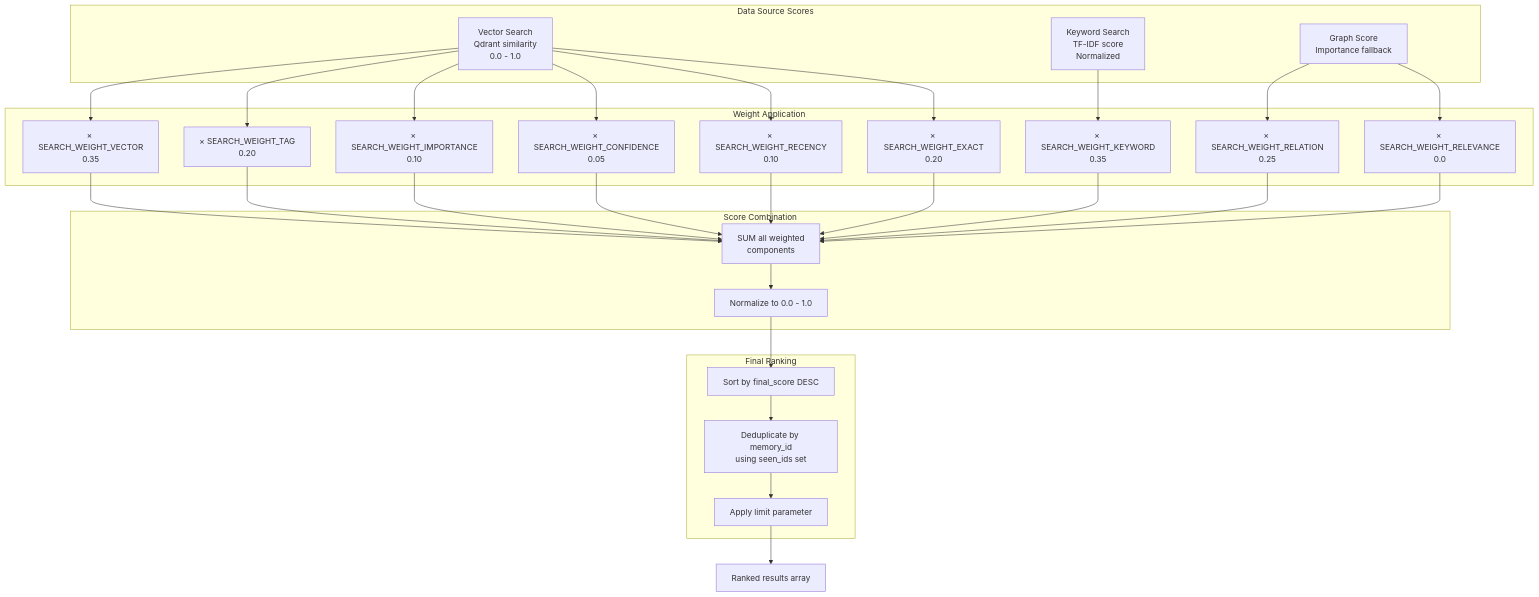
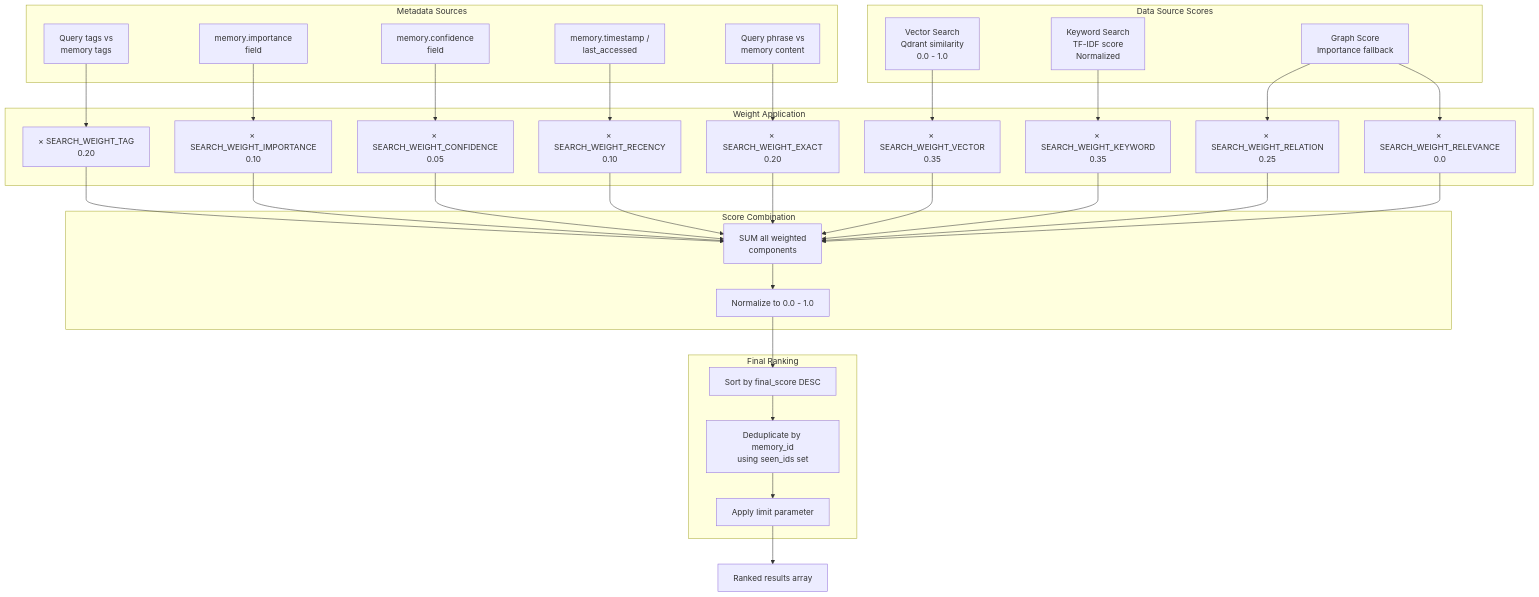
One commit to verygoodplugins/automem-website changed the third of 3 diagrams in src/content/docs/docs/core-concepts/hybrid-search.md. Above: the diagram before and after it, drawn with Mermaid. The commit also changed other lines of this file and 12 other files, not shown here.

````diff
--- a/src/content/docs/docs/core-concepts/hybrid-search.md
+++ b/src/content/docs/docs/core-concepts/hybrid-search.md
@@ -225,59 +229,67 @@
 ```mermaid
 flowchart TD
     subgraph sources ["Data Source Scores"]
         VS["Vector Search<br/>Qdrant similarity<br/>0.0 - 1.0"]
         KS["Keyword Search<br/>TF-IDF score<br/>Normalized"]
         GS["Graph Score<br/>Importance fallback"]
+    end
+
+    subgraph metadata ["Metadata Sources"]
+        TagSrc["Query tags vs<br/>memory tags"]
+        ImpSrc["memory.importance<br/>field"]
+        ConfSrc["memory.confidence<br/>field"]
+        RecSrc["memory.timestamp /<br/>last_accessed"]
+        ExSrc["Query phrase vs<br/>memory content"]
     end
 
     subgraph weights ["Weight Application"]
         VW["× SEARCH_WEIGHT_VECTOR<br/>0.35"]
         KW["× SEARCH_WEIGHT_KEYWORD<br/>0.35"]
         TagW["× SEARCH_WEIGHT_TAG<br/>0.20"]
         IW["× SEARCH_WEIGHT_IMPORTANCE<br/>0.10"]
         ConfW["× SEARCH_WEIGHT_CONFIDENCE<br/>0.05"]
         RecW["× SEARCH_WEIGHT_RECENCY<br/>0.10"]
         ExW["× SEARCH_WEIGHT_EXACT<br/>0.20"]
         RW["× SEARCH_WEIGHT_RELATION<br/>0.25"]
         CtxW["× SEARCH_WEIGHT_RELEVANCE<br/>0.0"]
     end
 
     subgraph combination ["Score Combination"]
         Sum["SUM all weighted<br/>components"]
         Normalize["Normalize to 0.0 - 1.0"]
     end
 
     subgraph output ["Final Ranking"]
         Sort["Sort by final_score DESC"]
         Dedup["Deduplicate by memory_id<br/>using seen_ids set"]
         Limit["Apply limit parameter"]
     end
 
     Results["Ranked results array"]
 
     VS --> VW
     KS --> KW
-    VS --> TagW
-    VS --> IW
-    VS --> ConfW
-    VS --> RecW
-    VS --> ExW
+    TagSrc --> TagW
+    ImpSrc --> IW
+    ConfSrc --> ConfW
+    RecSrc --> RecW
+    ExSrc --> ExW
     GS --> RW
     GS --> CtxW
 
     VW --> Sum
     KW --> Sum
     TagW --> Sum
     IW --> Sum
     ConfW --> Sum
     RecW --> Sum
     ExW --> Sum
     RW --> Sum
     CtxW --> Sum
 
     Sum --> Normalize
     Normalize --> Sort
     Sort --> Dedup
     Dedup --> Limit
     Limit --> Results
 ```
````
